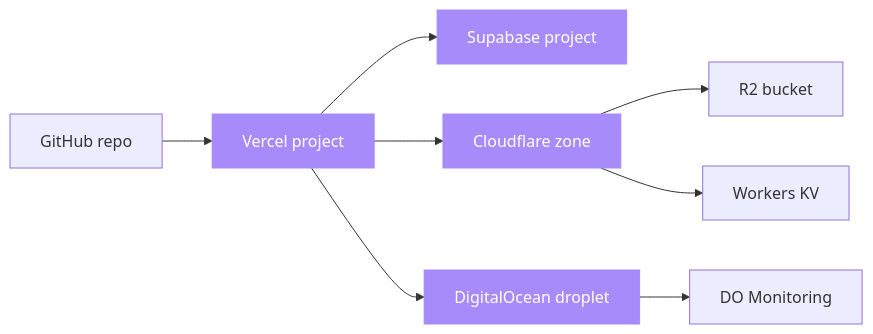
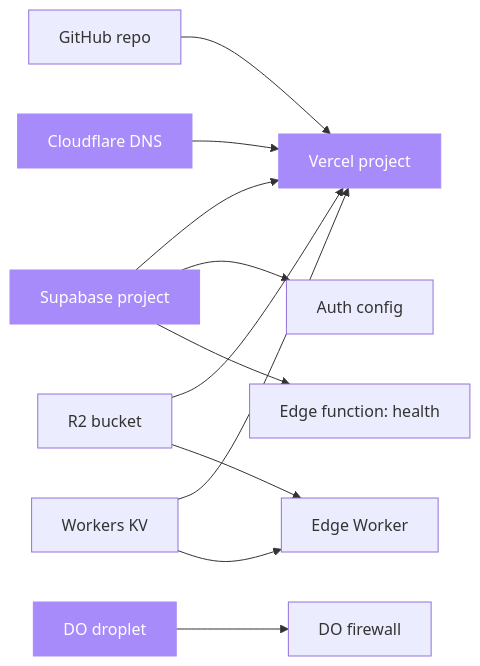
Before and after one commit to sarmakska/terraform-stack: the diagram in README.md, drawn with Mermaid. The commit also changed other lines of this file and 7 other files, not shown here.

First line of the commit message:
docs: rewrite README, docs, whitepaper and add ARCHITECTURE/ROADMAP/CHANGELOG

````diff
--- a/README.md
+++ b/README.md
@@ -31,13 +20,16 @@
 ```mermaid
-graph LR
+flowchart LR
   GH[GitHub repo] --> V[Vercel project]
-  V --> S[Supabase project]
-  V --> CF[Cloudflare zone]
-  V --> DO[DigitalOcean droplet]
-  CF --> R2[R2 bucket]
-  CF --> KV[Workers KV]
-  DO --> Mon[DO Monitoring]
+  SB[Supabase project] --> V
+  CF_DNS[Cloudflare DNS] --> V
+  R2[R2 bucket] --> V
+  KV[Workers KV] --> V
+  SB --> AUTH[Auth config]
+  SB --> EF[Edge function: health]
+  R2 --> W[Edge Worker]
+  KV --> W
+  DO[DO droplet] --> FW[DO firewall]
 
   classDef cloud fill:#a78bfa,stroke:#a78bfa,color:#fff
-  class V,S,CF,DO cloud
+  class V,SB,CF_DNS,DO cloud
 ```
````
